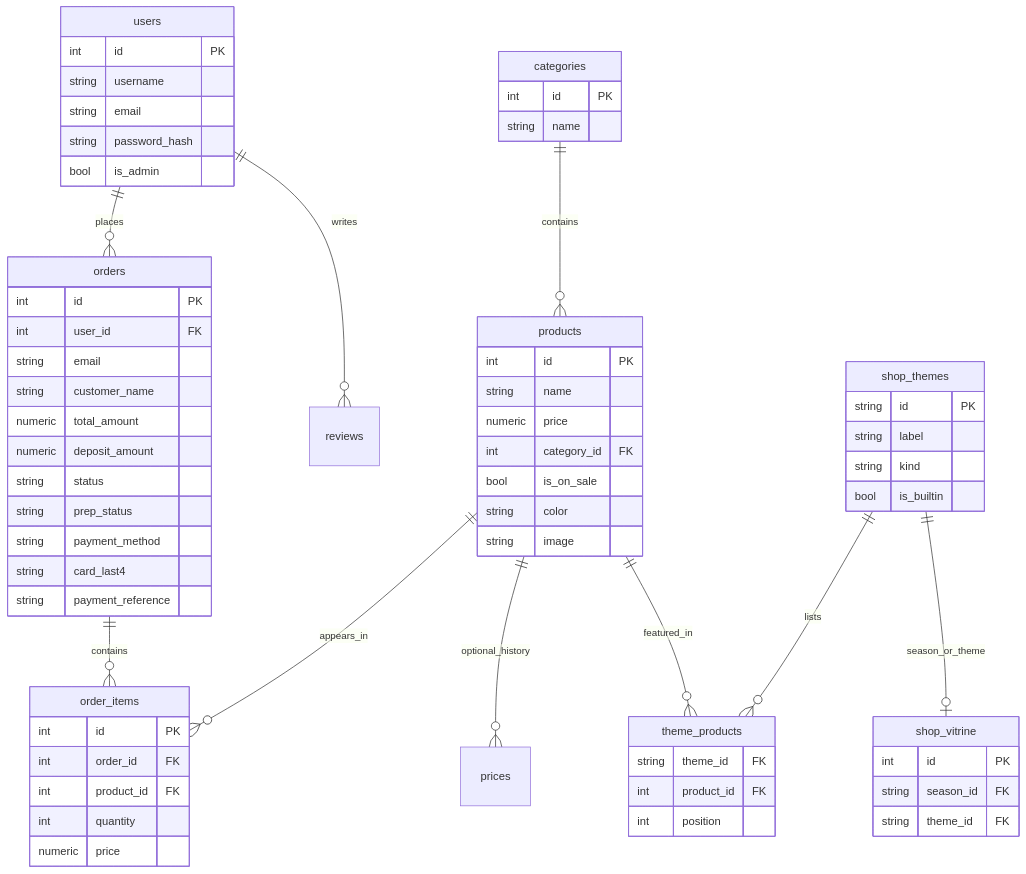
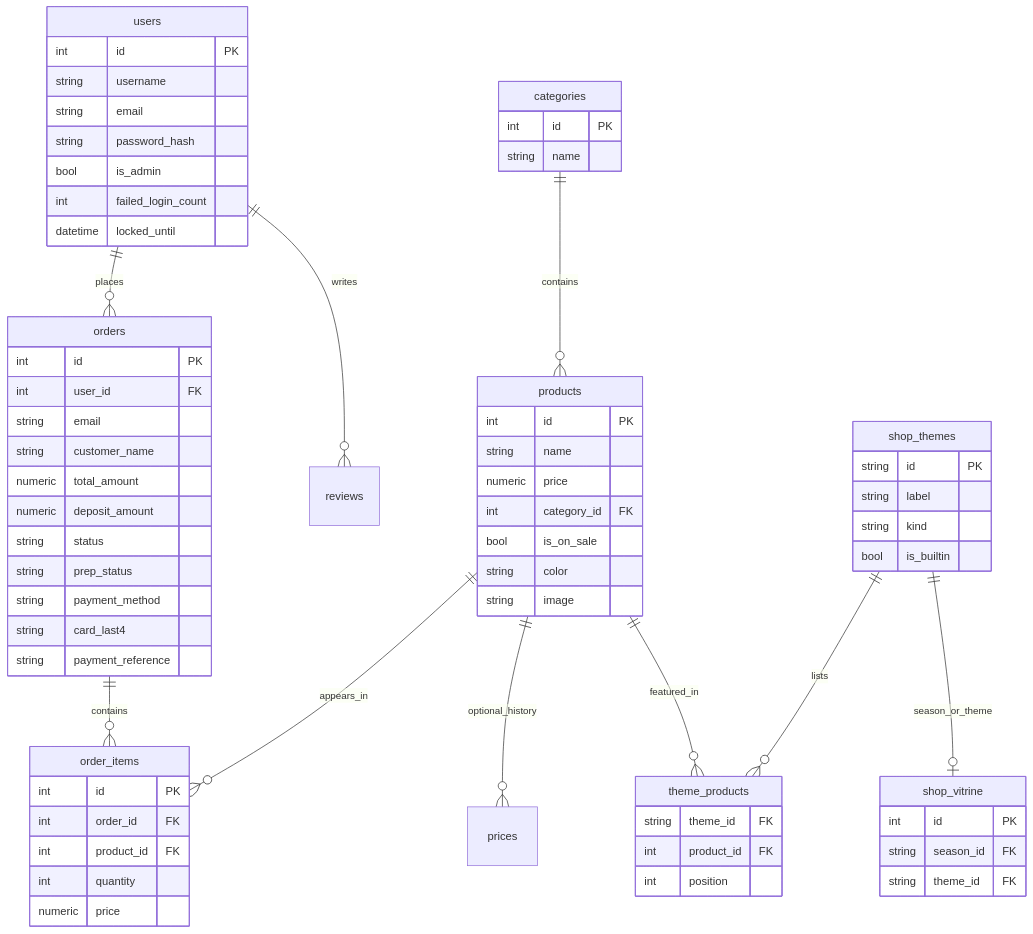
One commit to Issercio/Demo-day changed the first of 2 diagrams in README.md. Above: the diagram before and after it, drawn with Mermaid. The commit also changed other lines of this file and 14 other files, not shown here.

````diff
--- a/README.md
+++ b/README.md
@@ -195,69 +210,71 @@
 ```mermaid
 erDiagram
   users ||--o{ orders : places
   users ||--o{ reviews : writes
   categories ||--o{ products : contains
   products ||--o{ order_items : appears_in
   orders ||--o{ order_items : contains
   products ||--o{ prices : optional_history
   shop_themes ||--o{ theme_products : lists
   products ||--o{ theme_products : featured_in
   shop_themes ||--o| shop_vitrine : season_or_theme
 
   users {
     int id PK
     string username
     string email
     string password_hash
     bool is_admin
+    int failed_login_count
+    datetime locked_until
   }
   categories {
     int id PK
     string name
   }
   products {
     int id PK
     string name
     numeric price
     int category_id FK
     bool is_on_sale
     string color
     string image
   }
   shop_themes {
     string id PK
     string label
     string kind
     bool is_builtin
   }
   theme_products {
     string theme_id FK
     int product_id FK
     int position
   }
   shop_vitrine {
     int id PK
     string season_id FK
     string theme_id FK
   }
   orders {
     int id PK
     int user_id FK
     string email
     string customer_name
     numeric total_amount
     numeric deposit_amount
     string status
     string prep_status
     string payment_method
     string card_last4
     string payment_reference
   }
   order_items {
     int id PK
     int order_id FK
     int product_id FK
     int quantity
     numeric price
   }
 ```
````
